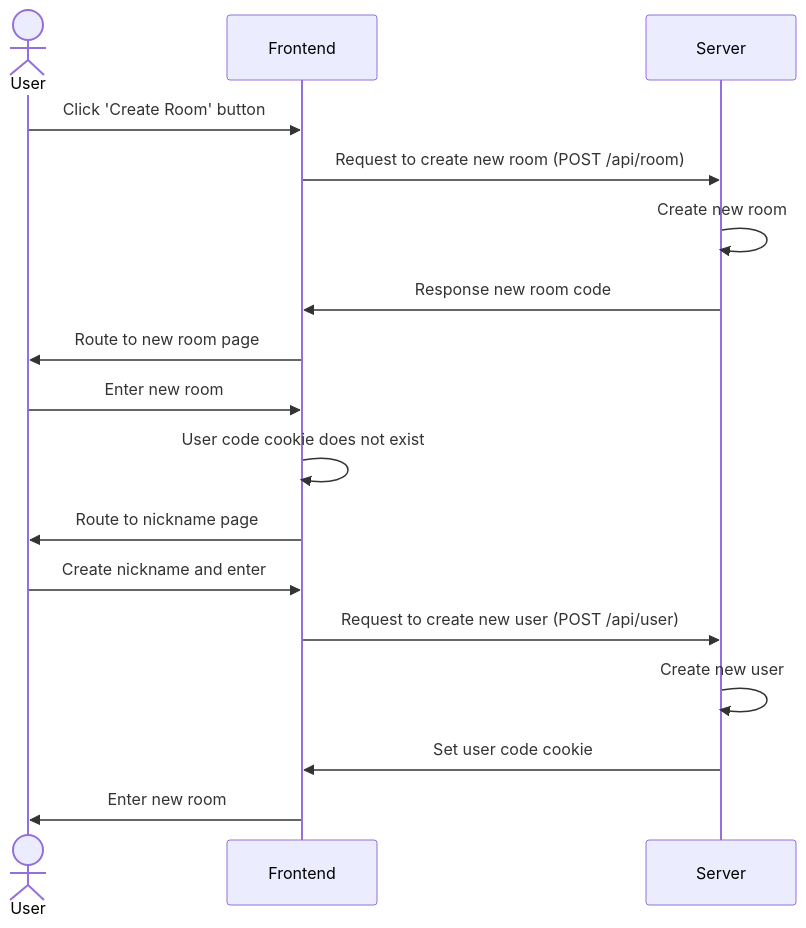
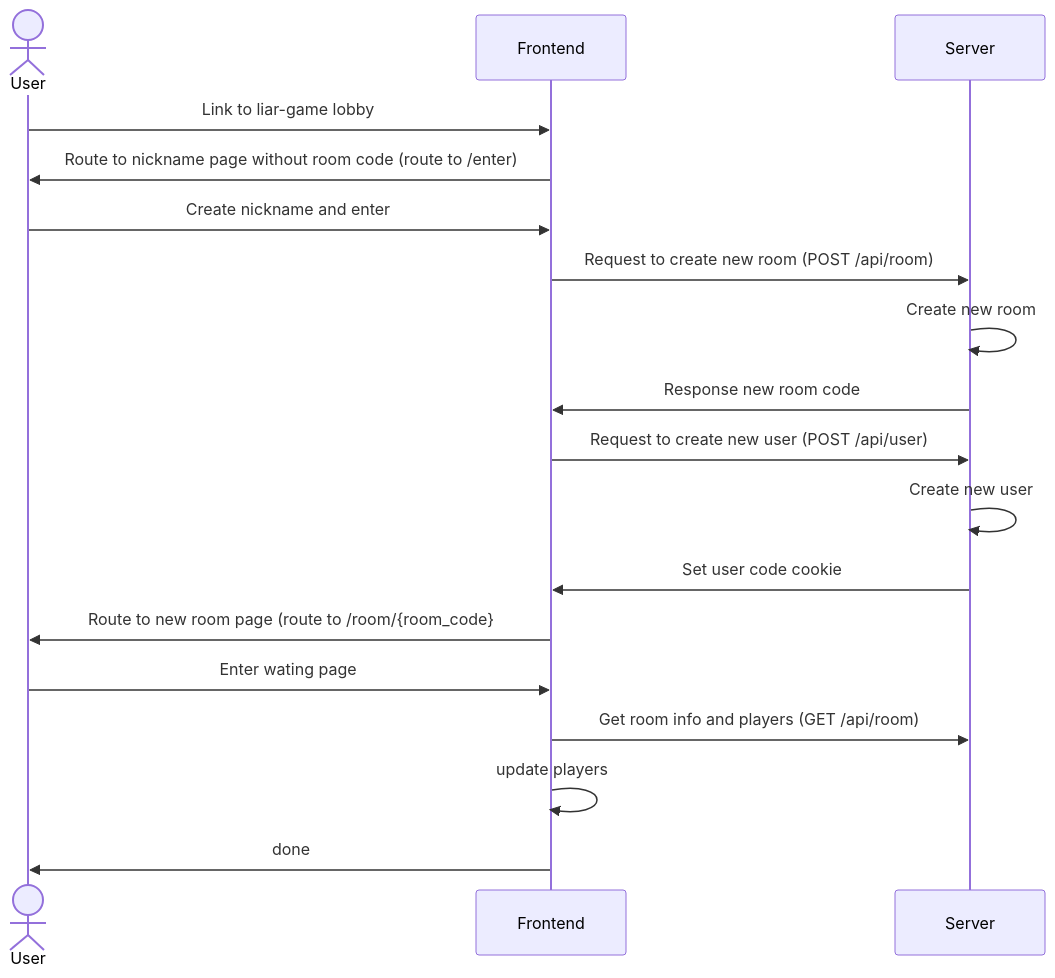
One commit to youngcha-lab/liar-game changed the diagram in liar-game-app/docs/leader_create_room.md. Above: the diagram before and after it, drawn with Mermaid.

````diff
--- a/liar-game-app/docs/leader_create_room.md
+++ b/liar-game-app/docs/leader_create_room.md
@@ -1,20 +1,21 @@
 ```mermaid
 sequenceDiagram
 actor user as User
 participant fe as Frontend
 participant server as Server
 
-user ->> fe: Click 'Create Room' button
+user ->> fe: Link to liar-game lobby 
+fe ->> user: Route to nickname page without room code (route to /enter)
+user ->> fe: Create nickname and enter
 fe ->> server: Request to create new room (POST /api/room)
 server ->> server: Create new room
 server ->> fe: Response new room code
-fe ->> user: Route to new room page
-user ->> fe: Enter new room
-fe ->> fe: User code cookie does not exist 
-fe ->> user: Route to nickname page
-user ->> fe: Create nickname and enter
 fe ->> server: Request to create new user (POST /api/user)
 server ->> server: Create new user
 server ->> fe: Set user code cookie
-fe ->> user: Enter new room
+fe ->> user: Route to new room page (route to /room/{room_code}
+user ->> fe: Enter wating page
+fe ->> server: Get room info and players (GET /api/room)
+fe ->> fe: update players
+fe ->> user: done
 ```
````
